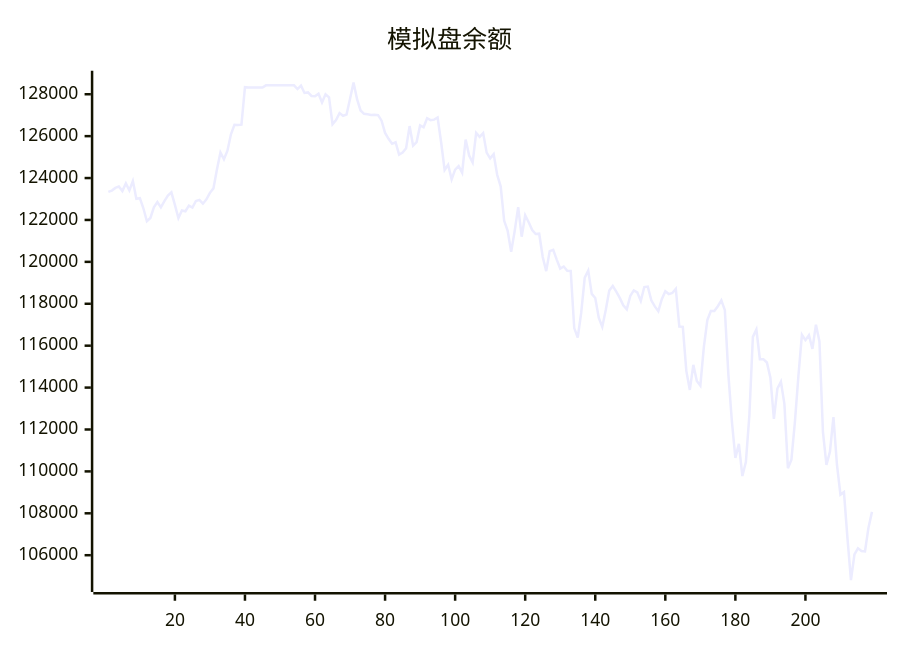
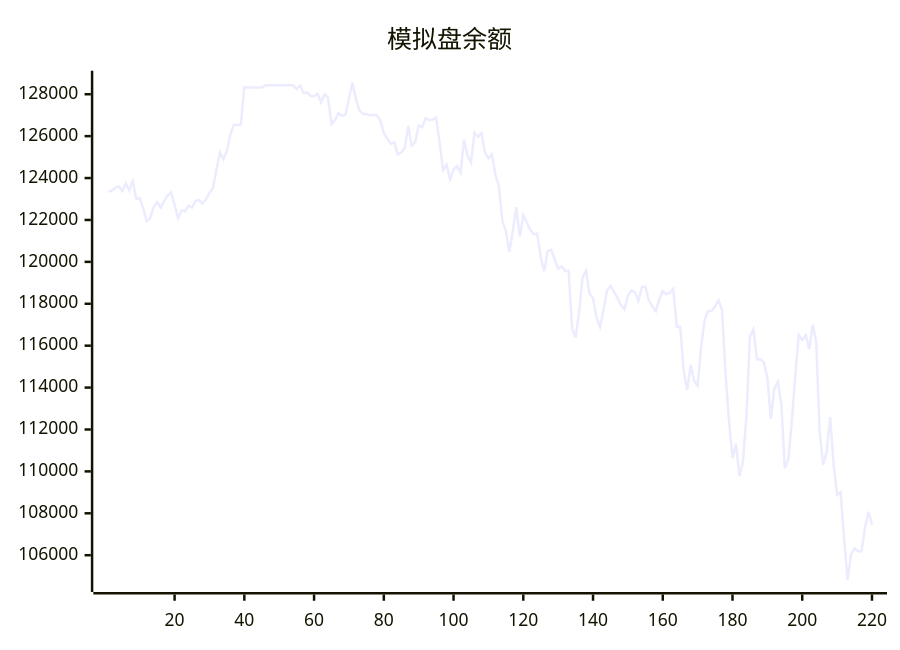
One commit to aahl/ai-trading changed the diagram in README.md. Above: the diagram before and after it, drawn with Mermaid. The commit also changed other lines of this file and 1 other file, not shown here.

````diff
--- a/README.md
+++ b/README.md
@@ -5,5 +5,5 @@
 ```mermaid
 xychart
     title "模拟盘余额"
-    line [123338,123402,123530,123592,123378,123745,123413,123853,123009,123040,122557,121938,122095,122599,122856,122597,122898,123160,123319,122719,122087,122454,122416,122685,122592,122907,122961,122776,122981,123295,123507,124403,125224,124894,125303,126088,126544,126534,126549,128335,128318,128318,128318,128318,128318,128424,128424,128424,128424,128424,128424,128424,128424,128424,128247,128412,128062,128087,127917,127901,128026,127611,128000,127850,126572,126770,127100,126971,127029,127783,128554,127765,127224,127064,127044,127009,127025,127004,126738,126152,125871,125635,125707,125117,125217,125420,126480,125545,125715,126511,126424,126856,126764,126788,126890,125710,124381,124632,123936,124402,124574,124256,125833,125070,124739,126154,125966,126145,125213,124943,125143,124157,123604,121959,121476,120476,121470,122610,121201,122221,121889,121522,121332,121344,120232,119559,120513,120577,120108,119680,119777,119572,119568,116839,116392,117573,119250,119585,118469,118277,117338,116897,117706,118628,118849,118579,118280,117926,117735,118373,118639,118544,118136,118798,118819,118162,117874,117649,118215,118601,118463,118517,118713,116911,116899,114798,113887,115084,114313,114091,115934,117221,117658,117658,117883,118164,117693,114632,112403,110644,111313,109777,110444,112673,116419,116772,115355,115355,115198,114476,112510,113954,114276,113223,110151,110561,112361,114562,116522,116265,116500,115845,117000,116199,111887,110306,110942,112588,110318,108891,109011,106814,104811,106038,106327,106201,106180,107315,108068]
+    line [123338,123402,123530,123592,123378,123745,123413,123853,123009,123040,122557,121938,122095,122599,122856,122597,122898,123160,123319,122719,122087,122454,122416,122685,122592,122907,122961,122776,122981,123295,123507,124403,125224,124894,125303,126088,126544,126534,126549,128335,128318,128318,128318,128318,128318,128424,128424,128424,128424,128424,128424,128424,128424,128424,128247,128412,128062,128087,127917,127901,128026,127611,128000,127850,126572,126770,127100,126971,127029,127783,128554,127765,127224,127064,127044,127009,127025,127004,126738,126152,125871,125635,125707,125117,125217,125420,126480,125545,125715,126511,126424,126856,126764,126788,126890,125710,124381,124632,123936,124402,124574,124256,125833,125070,124739,126154,125966,126145,125213,124943,125143,124157,123604,121959,121476,120476,121470,122610,121201,122221,121889,121522,121332,121344,120232,119559,120513,120577,120108,119680,119777,119572,119568,116839,116392,117573,119250,119585,118469,118277,117338,116897,117706,118628,118849,118579,118280,117926,117735,118373,118639,118544,118136,118798,118819,118162,117874,117649,118215,118601,118463,118517,118713,116911,116899,114798,113887,115084,114313,114091,115934,117221,117658,117658,117883,118164,117693,114632,112403,110644,111313,109777,110444,112673,116419,116772,115355,115355,115198,114476,112510,113954,114276,113223,110151,110561,112361,114562,116522,116265,116500,115845,117000,116199,111887,110306,110942,112588,110318,108891,109011,106814,104811,106038,106327,106201,106180,107315,108068,107463]
 ```
````
